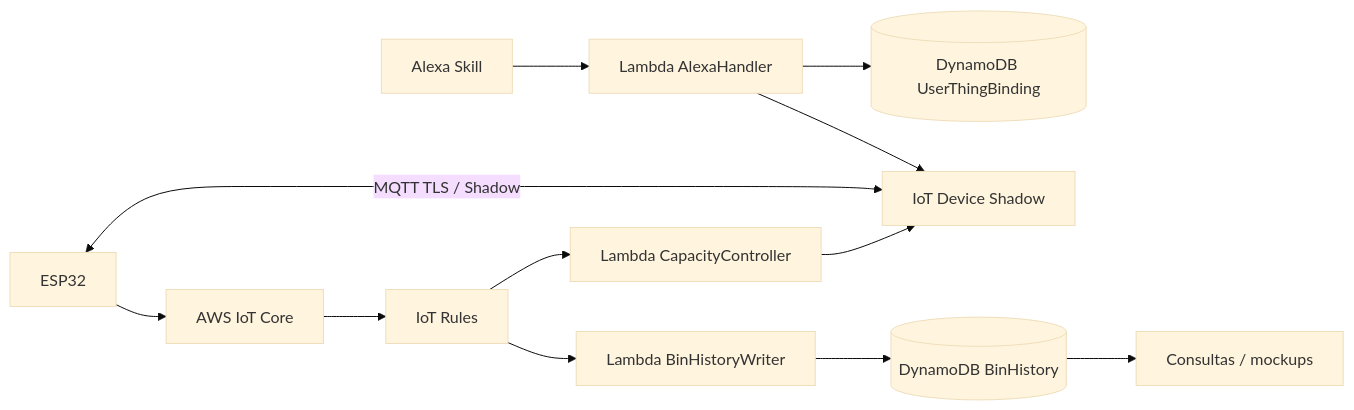
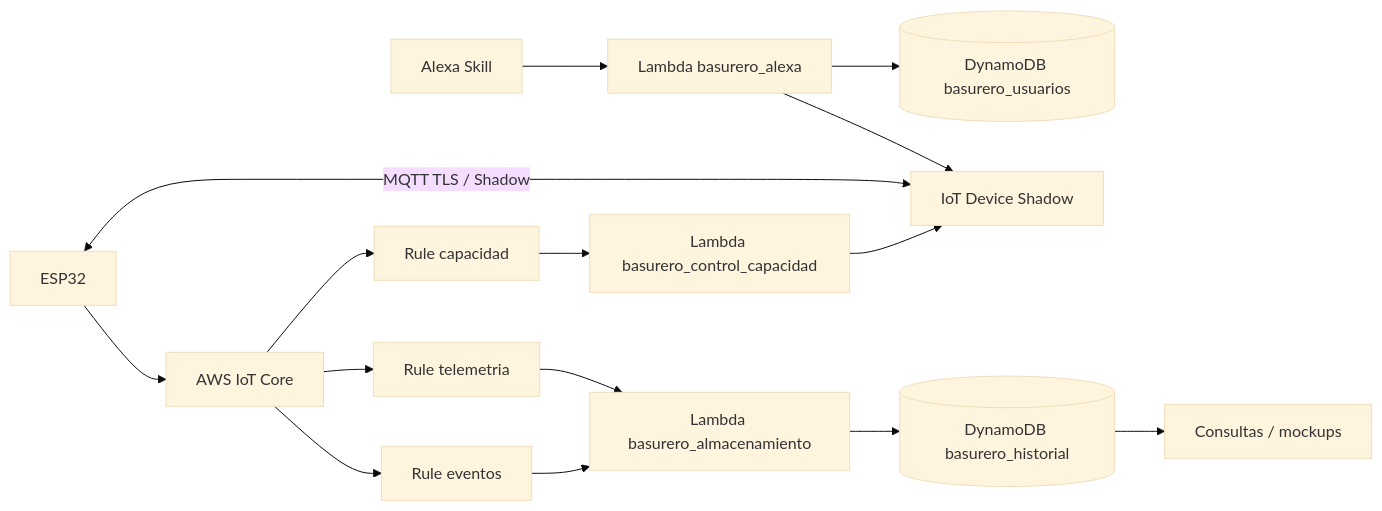
The second of 10 diagrams in Informe.md (Lucas-RodriguezAncieta/Practica4_IoT_BasureroInteligente), drawn with Mermaid (base theme) before and after one commit. The commit also changed other lines of this file, not shown here.

````diff
--- a/Informe.md
+++ b/Informe.md
@@ -96,14 +96,17 @@
 ```mermaid
 flowchart LR
-    Alexa[Alexa Skill] --> AL[Lambda AlexaHandler]
-    AL --> Bind[(DynamoDB UserThingBinding)]
+    Alexa[Alexa Skill] --> AL[Lambda basurero_alexa]
+    AL --> Bind[(DynamoDB basurero_usuarios)]
     AL --> Shadow[IoT Device Shadow]
     ESP[ESP32] <-->|MQTT TLS / Shadow| Shadow
     ESP --> IoT[AWS IoT Core]
-    IoT --> R[IoT Rules]
-    R --> Writer[Lambda BinHistoryWriter]
-    Writer --> Hist[(DynamoDB BinHistory)]
-    R --> CC[Lambda CapacityController]
+    IoT --> RT[Rule telemetria]
+    IoT --> RE[Rule eventos]
+    IoT --> RC[Rule capacidad]
+    RT --> Writer[Lambda basurero_almacenamiento]
+    RE --> Writer
+    Writer --> Hist[(DynamoDB basurero_historial)]
+    RC --> CC[Lambda basurero_control_capacidad]
     CC --> Shadow
     Hist --> Reports[Consultas / mockups]
 ```
````
